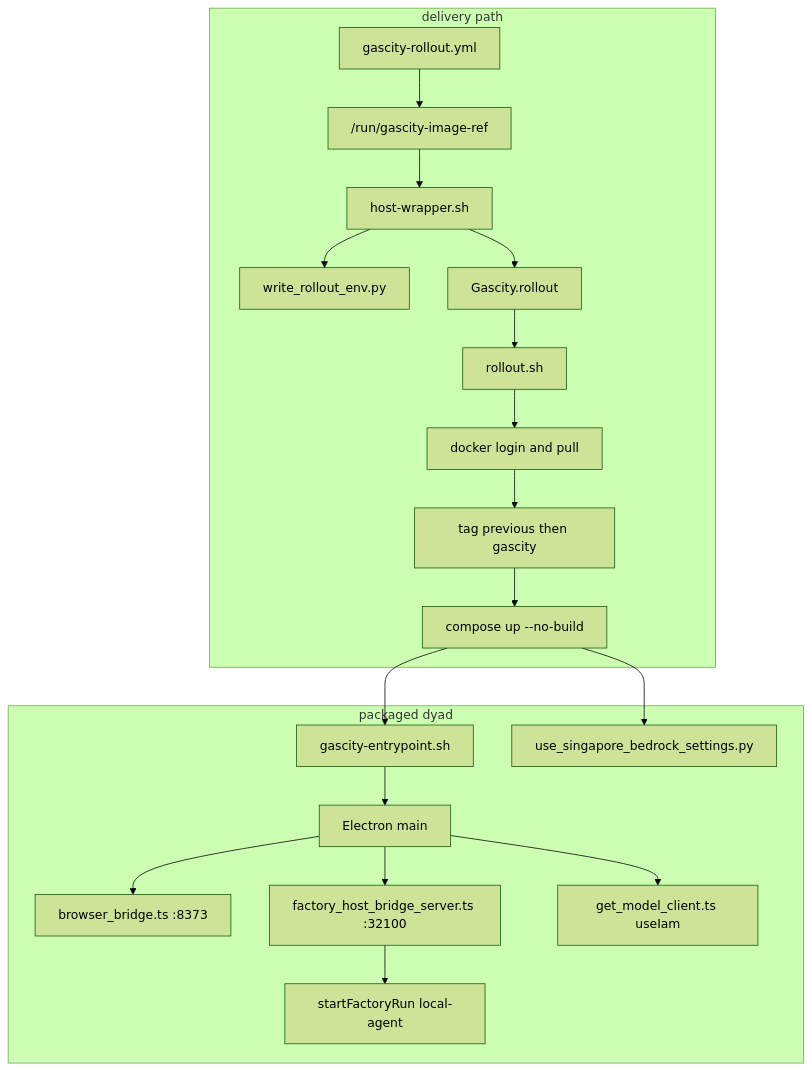
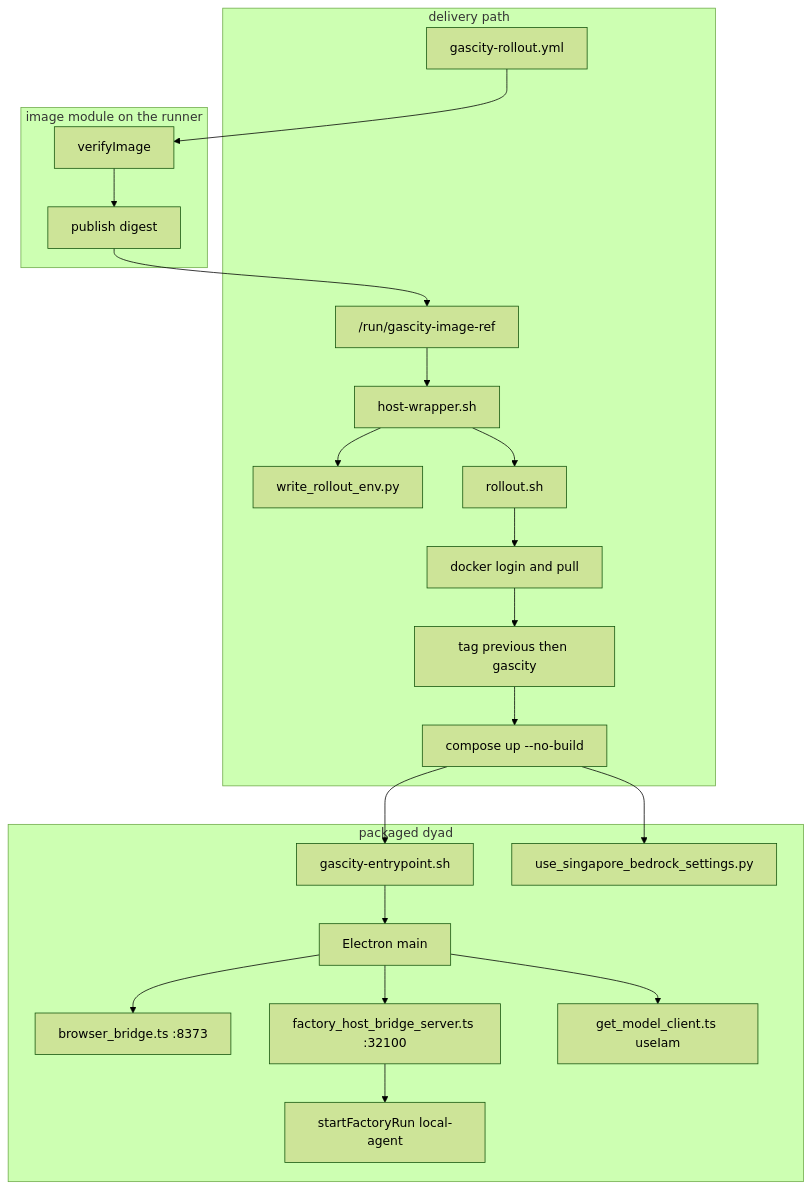
The third of 8 diagrams in plans/offhost-image-pull.md (Awannaphasch2016/dyad), drawn with Mermaid (forest theme) before and after one commit. The commit also changed other lines of this file and 1 other file, not shown here.

First line of the commit message:
Lock the image plan so Dagger publishes and EC2 only pulls.

````diff
--- a/plans/offhost-image-pull.md
+++ b/plans/offhost-image-pull.md
@@ -379,38 +390,42 @@
 ```mermaid
 flowchart TB
   subgraph delivery [delivery path]
     WF[gascity-rollout.yml]
     Ref["/run/gascity-image-ref"]
     HW[host-wrapper.sh]
     Env[write_rollout_env.py]
-    Gpy[Gascity.rollout]
     RS[rollout.sh]
     Login[docker login and pull]
     Tag[tag previous then gascity]
     Up[compose up --no-build]
+  end
+  subgraph imageMod [image module on the runner]
+    Verify[verifyImage]
+    Publish[publish digest]
   end
   subgraph process [packaged dyad]
     Entry[gascity-entrypoint.sh]
     Main[Electron main]
     Bridge[browser_bridge.ts :8373]
     API[factory_host_bridge_server.ts :32100]
     Run[startFactoryRun local-agent]
     Model[get_model_client.ts useIam]
     Settings[use_singapore_bedrock_settings.py]
   end
-  WF --> Ref
+  WF --> Verify
+  Verify --> Publish
+  Publish --> Ref
   Ref --> HW
   HW --> Env
-  HW --> Gpy
-  Gpy --> RS
+  HW --> RS
   RS --> Login
   Login --> Tag
   Tag --> Up
   Up --> Entry
   Entry --> Main
   Main --> Bridge
   Main --> API
   API --> Run
   Main --> Model
   Up --> Settings
 ```
````
